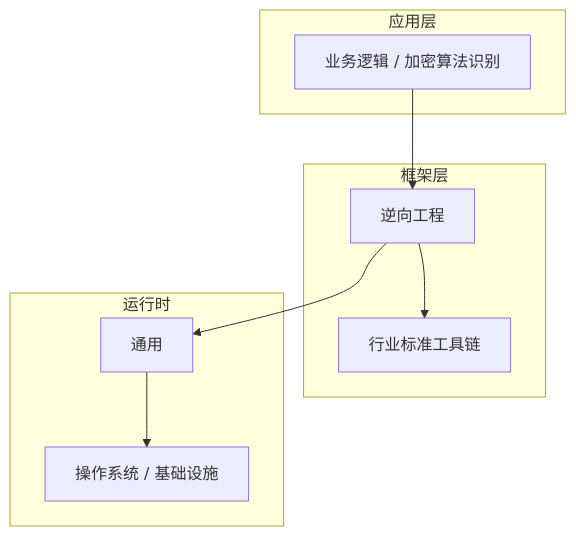
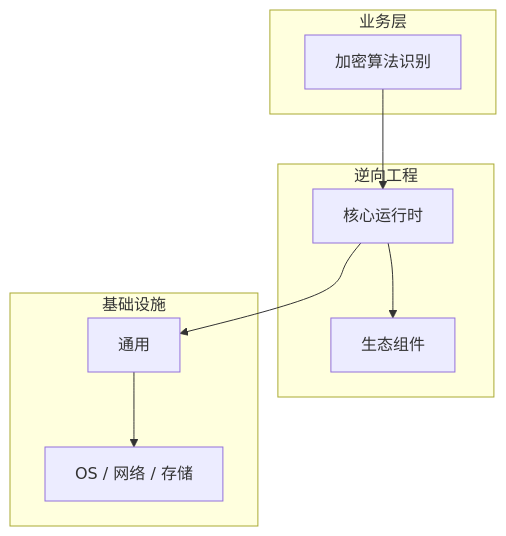
One commit to yanggan2015/knowledge-json-v2 changed the diagram in articles/逆向工程/chapters/061-加密算法识别核心概念与原理.md. Above: the diagram before and after it, drawn with Mermaid. The commit also changed other lines of this file and 10127 other files, not shown here.

````diff
--- a/articles/逆向工程/chapters/061-加密算法识别核心概念与原理.md
+++ b/articles/逆向工程/chapters/061-加密算法识别核心概念与原理.md
@@ -46,18 +31,18 @@
 ```mermaid
 graph TB
-    subgraph 应用层
-        A[业务逻辑 / 加密算法识别]
+    subgraph 业务层
+        A[加密算法识别]
     end
-    subgraph 框架层
-        B[逆向工程]
-        C[行业标准工具链]
+    subgraph 逆向工程
+        B[核心运行时]
+        C[生态组件]
     end
-    subgraph 运行时
+    subgraph 基础设施
         D[通用]
-        E[操作系统 / 基础设施]
+        E[OS / 网络 / 存储]
     end
     A --> B
     B --> C
     B --> D
     D --> E
 ```
````
